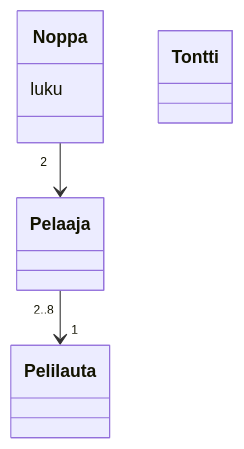
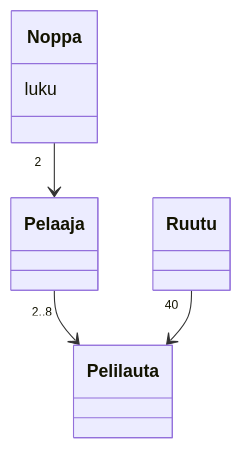
Before and after one commit to Yahimoh/ot-harjoitustyo: the diagram in laskarit/viikko3/Monopoli_kaavio.md, drawn with Mermaid.

````diff
--- a/laskarit/viikko3/Monopoli_kaavio.md
+++ b/laskarit/viikko3/Monopoli_kaavio.md
@@ -1,19 +1,20 @@
 ```mermaid
  classDiagram
 	
 	Noppa "2" --> Pelaaja
-	Pelaaja "2..8" --> "1" Pelilauta
+	Pelaaja "2..8" --> Pelilauta
+	Ruutu "40" --> Pelilauta
 
 	class Noppa {
 		luku
 	}
 
         class Pelaaja {     
         }
 
 	class Pelilauta {
 	}
 
-	class Tontti {
+	class Ruutu {
 	}
 ```
````
